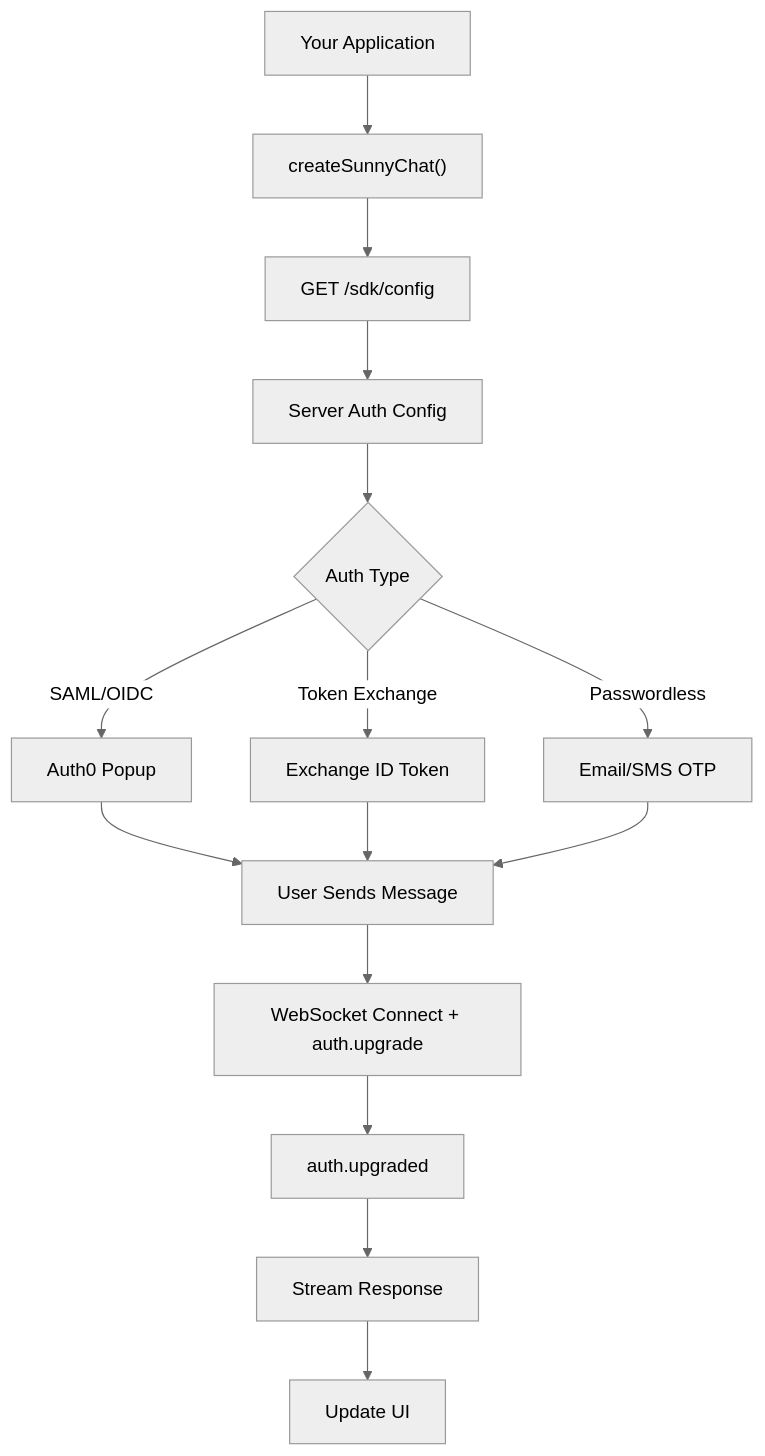
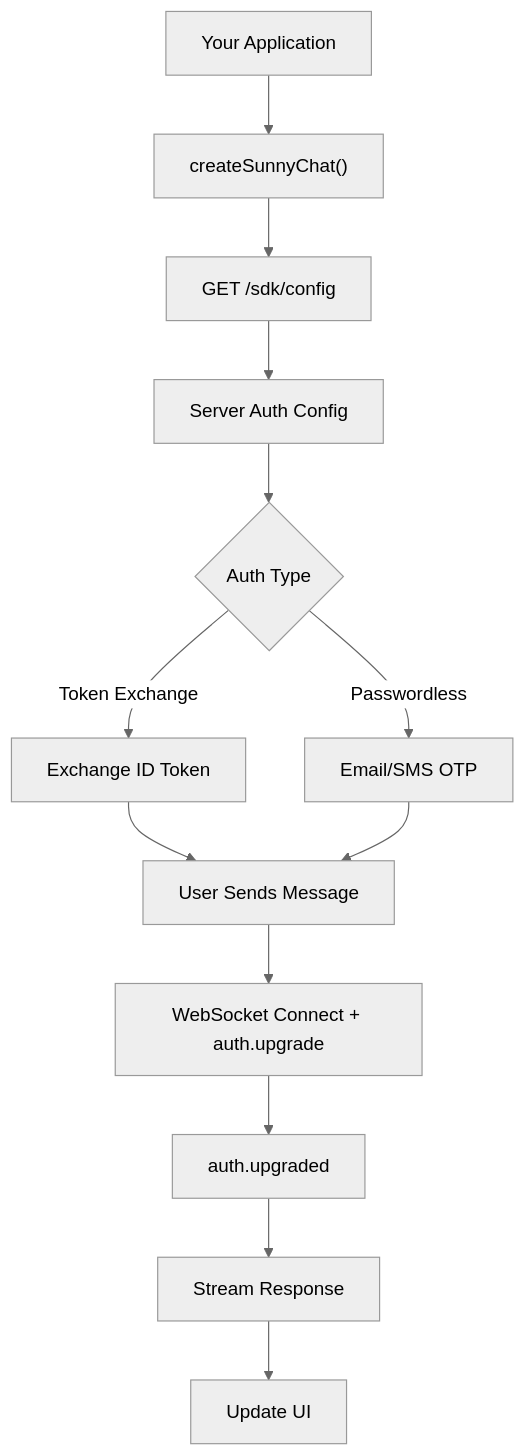
The diagram in fern/docs/pages/get-started/overview.mdx (sunnyhealthai/docs), drawn with Mermaid (neutral theme) before and after one commit. The commit also changed other lines of this file and 7 other files, not shown here.

````diff
--- a/fern/docs/pages/get-started/overview.mdx
+++ b/fern/docs/pages/get-started/overview.mdx
@@ -57,20 +57,18 @@
 ```mermaid
 graph TD
     A[Your Application] --> B["createSunnyChat()"]
     B --> C["GET /sdk/config"]
     C --> D[Server Auth Config]
 
     D --> E{Auth Type}
-    E -->|SAML/OIDC| F[Auth0 Popup]
-    E -->|Token Exchange| G[Exchange ID Token]
-    E -->|Passwordless| H[Email/SMS OTP]
+    E -->|Token Exchange| F[Exchange ID Token]
+    E -->|Passwordless| G[Email/SMS OTP]
 
     F --> I[User Sends Message]
     G --> I
-    H --> I
 
     I --> J[WebSocket Connect + auth.upgrade]
     J --> K[auth.upgraded]
     K --> L[Stream Response]
     L --> M[Update UI]
 ```
````
